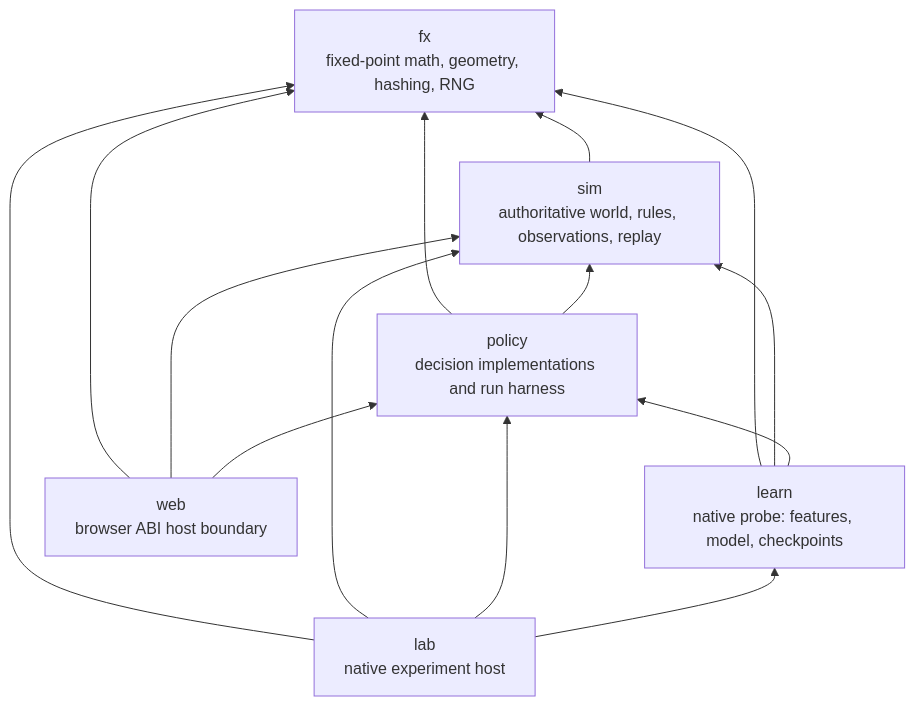
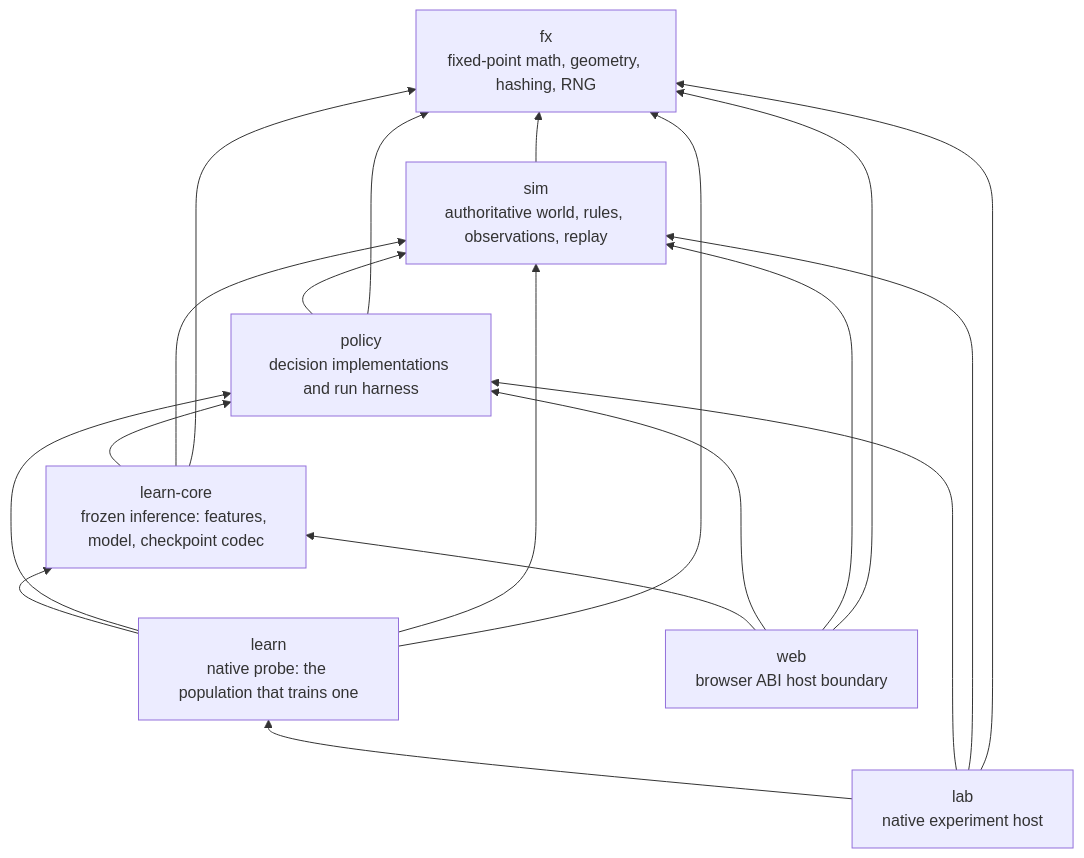
One commit to alexoooo/auto-rpg changed the diagram in docs/architecture/overview.md. Above: the diagram before and after it, drawn with Mermaid. The commit also changed other lines of this file and 99 other files, not shown here.

````diff
--- a/docs/architecture/overview.md
+++ b/docs/architecture/overview.md
@@ -13,17 +13,22 @@
 ```mermaid
 flowchart BT
     fx["fx<br/>fixed-point math, geometry, hashing, RNG"]
     sim["sim<br/>authoritative world, rules, observations, replay"] --> fx
     policy["policy<br/>decision implementations and run harness"] --> sim
     policy --> fx
-    learn["learn<br/>native probe: features, model, checkpoints"] --> policy
+    learn-core["learn-core<br/>frozen inference: features, model, checkpoint codec"] --> policy
+    learn-core --> sim
+    learn-core --> fx
+    learn["learn<br/>native probe: the population that trains one"] --> learn-core
+    learn --> policy
     learn --> sim
     learn --> fx
     lab["lab<br/>native experiment host"] --> learn
     lab --> policy
     lab --> sim
     lab --> fx
-    web["web<br/>browser ABI host boundary"] --> policy
+    web["web<br/>browser ABI host boundary"] --> learn-core
+    web --> policy
     web --> sim
     web --> fx
 ```
````
